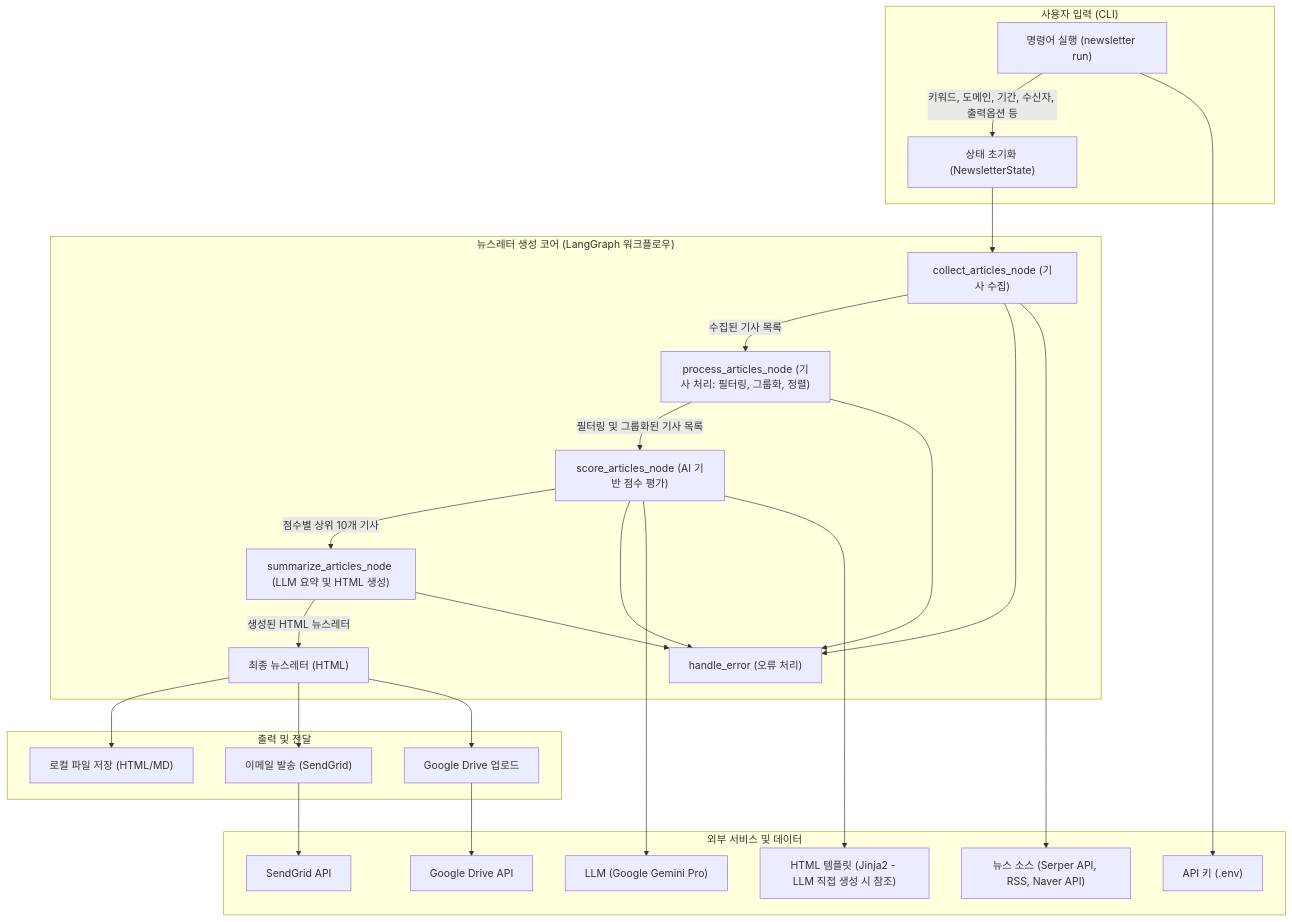
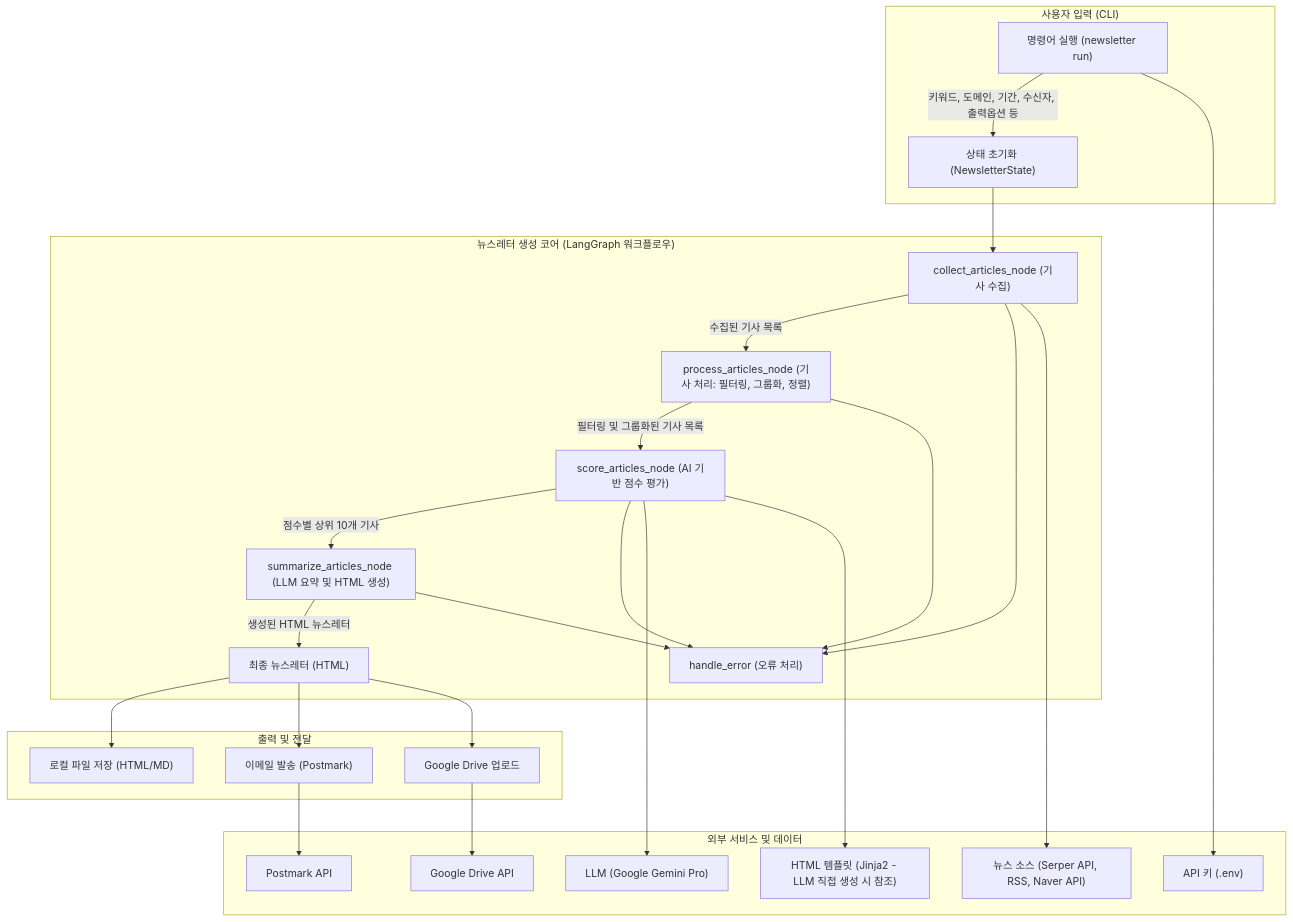
The diagram in docs/ARCHITECTURE.md (hjjung-katech/newsletter-generator), drawn with Mermaid before and after one commit. The commit also changed other lines of this file and 7 other files, not shown here.

````diff
--- a/docs/ARCHITECTURE.md
+++ b/docs/ARCHITECTURE.md
@@ -114,47 +114,47 @@
 ```mermaid
 flowchart TD
     subgraph "사용자 입력 (CLI)"
         A1["명령어 실행 (newsletter run)"]
         A1 -- 키워드, 도메인, 기간, 수신자, 출력옵션 등 --> B
     end
 
     subgraph "뉴스레터 생성 코어 (LangGraph 워크플로우)"
         B["상태 초기화 (NewsletterState)"] --> C1
         C1["collect_articles_node (기사 수집)"]
         C1 -- 수집된 기사 목록 --> C2
         C2["process_articles_node (기사 처리: 필터링, 그룹화, 정렬)"]
         C2 -- 필터링 및 그룹화된 기사 목록 --> C3
         C3["score_articles_node (AI 기반 점수 평가)"]
         C3 -- 점수별 상위 10개 기사 --> C4
         C4["summarize_articles_node (LLM 요약 및 HTML 생성)"]
         C4 -- 생성된 HTML 뉴스레터 --> D
         C_ERR["handle_error (오류 처리)"]
         C1 --> C_ERR
         C2 --> C_ERR
         C3 --> C_ERR
         C4 --> C_ERR
     end
 
     subgraph "출력 및 전달"
         D["최종 뉴스레터 (HTML)"]
         D --> E1["로컬 파일 저장 (HTML/MD)"]
-        D --> E2["이메일 발송 (SendGrid)"]
+        D --> E2["이메일 발송 (Postmark)"]
         D --> E3["Google Drive 업로드"]
     end
 
     subgraph "외부 서비스 및 데이터"
         S1["뉴스 소스 (Serper API, RSS, Naver API)"]
         S2["LLM (Google Gemini Pro)"]
         S3["HTML 템플릿 (Jinja2 - LLM 직접 생성 시 참조)"]
         S4["API 키 (.env)"]
         S5["Google Drive API"]
-        S6["SendGrid API"]
+        S6["Postmark API"]
     end
 
     C1 --> S1
     C3 --> S2
     C3 --> S3
     A1 --> S4
     E3 --> S5
     E2 --> S6
 ```
````
